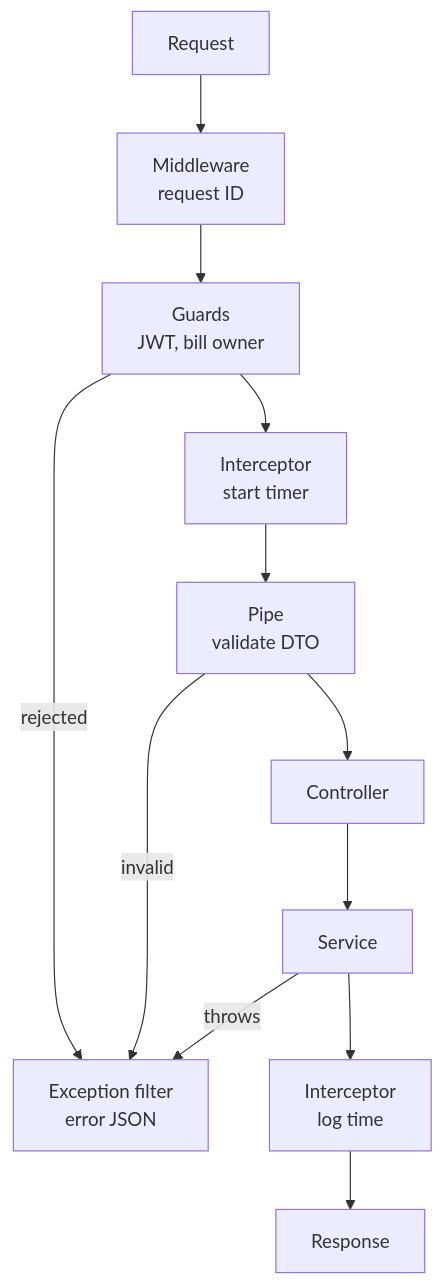
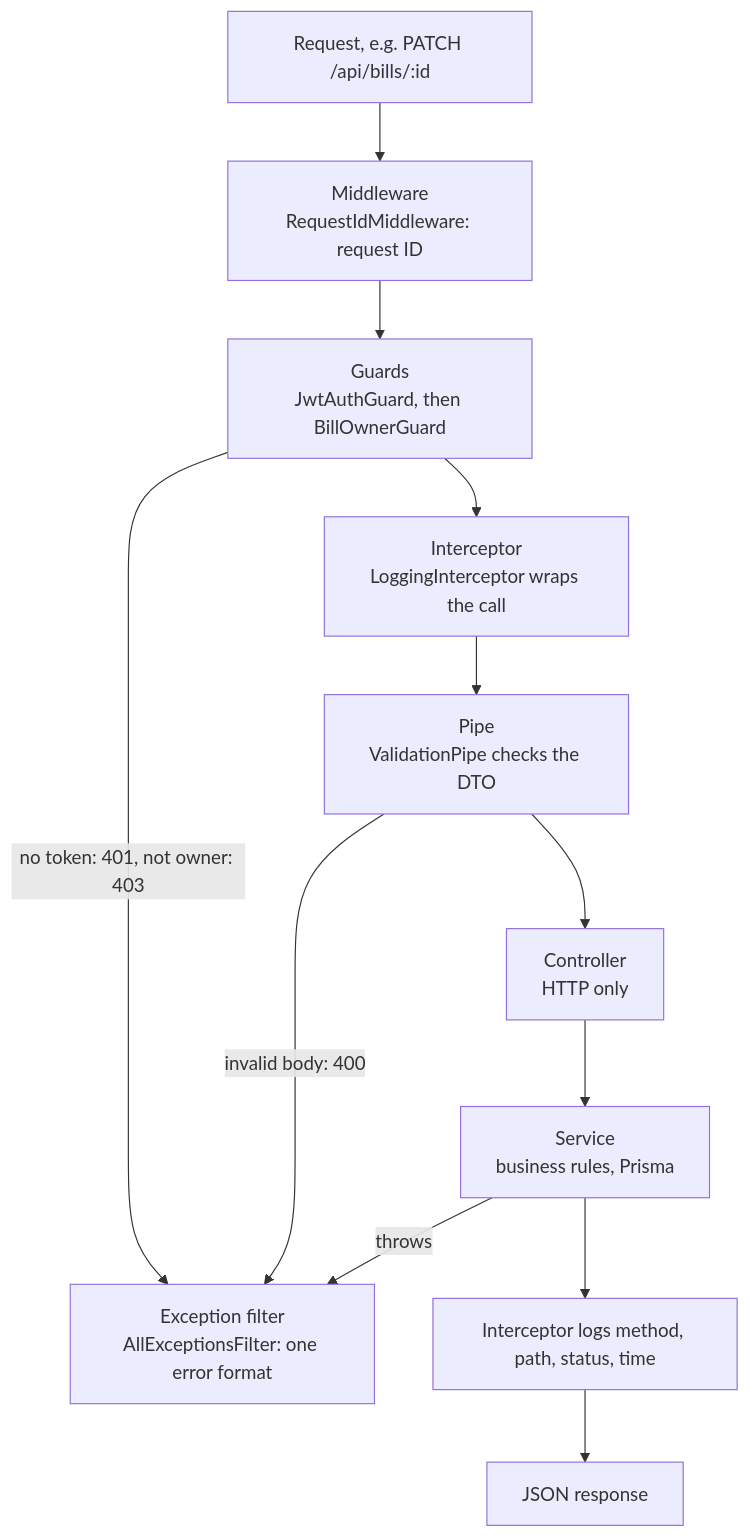
The fourth of 5 diagrams in docs/architecture.md (cheewei0123/ay2626s2-cicdp-ChongCheeWei), drawn with Mermaid before and after one commit. The commit also changed other lines of this file and 5 other files, not shown here.

First line of the commit message:
KAN-57 docs(architecture): module, deployment, lifecycle and sequence diagrams (#97)

````diff
--- a/docs/architecture.md
+++ b/docs/architecture.md
@@ -74,14 +109,14 @@
 ```mermaid
 flowchart TD
-  R[Request] --> M[Middleware<br/>request ID]
-  M --> GU[Guards<br/>JWT, bill owner]
-  GU -->|rejected| F
-  GU --> I1[Interceptor<br/>start timer]
-  I1 --> P[Pipe<br/>validate DTO]
-  P -->|invalid| F
-  P --> CT[Controller]
-  CT --> S[Service]
-  S --> I2[Interceptor<br/>log time]
-  I2 --> OK[Response]
-  S -->|throws| F[Exception filter<br/>error JSON]
+  R["Request, e.g. PATCH /api/bills/:id"] --> M["Middleware<br/>RequestIdMiddleware: request ID"]
+  M --> GU["Guards<br/>JwtAuthGuard, then BillOwnerGuard"]
+  GU -->|"no token: 401, not owner: 403"| F
+  GU --> I1["Interceptor<br/>LoggingInterceptor wraps the call"]
+  I1 --> P["Pipe<br/>ValidationPipe checks the DTO"]
+  P -->|"invalid body: 400"| F
+  P --> CT["Controller<br/>HTTP only"]
+  CT --> S["Service<br/>business rules, Prisma"]
+  S --> I2["Interceptor logs method, path, status, time"]
+  I2 --> OK["JSON response"]
+  S -->|throws| F["Exception filter<br/>AllExceptionsFilter: one error format"]
 ```
````
